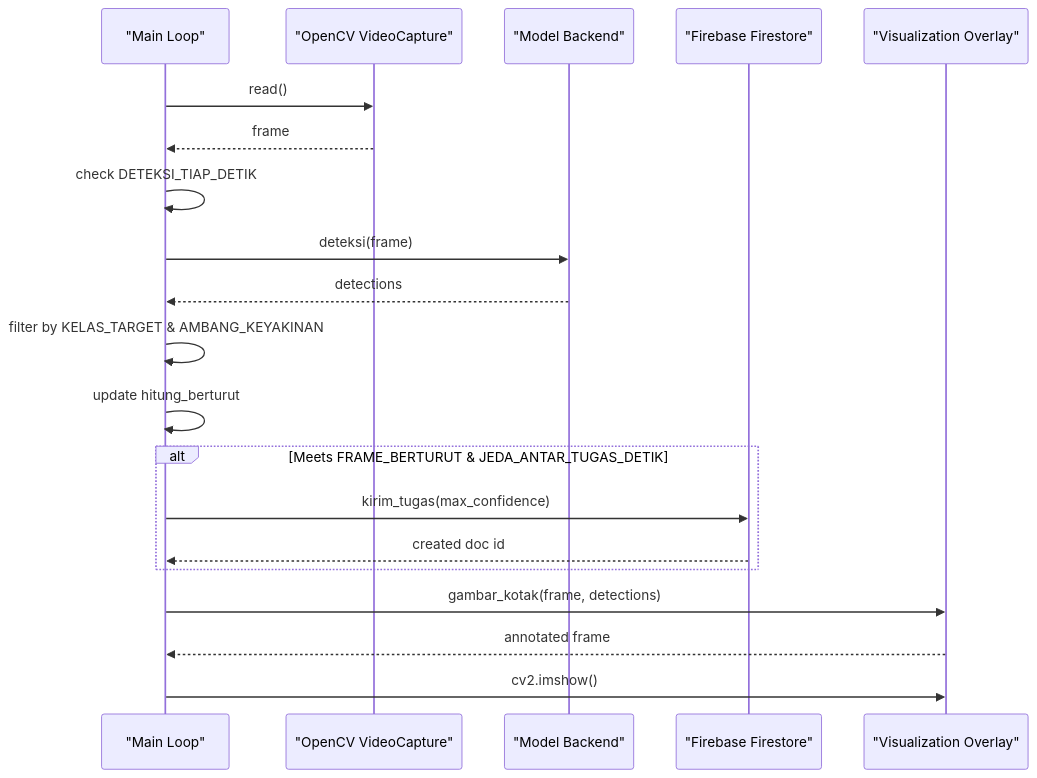
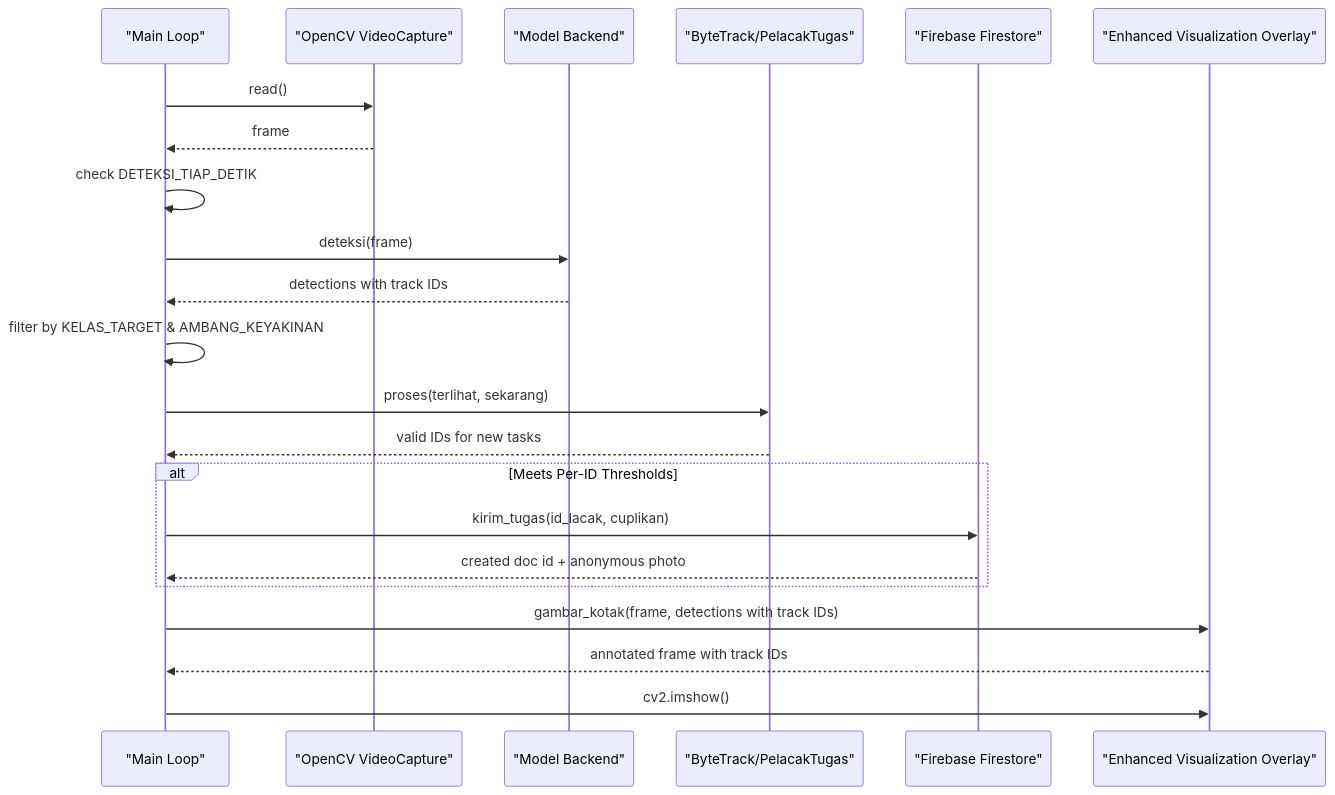
One commit to rdsarjito/whoosh-ramah changed the third of 7 diagrams in .qoder/repowiki/en/content/AI Detection System/Detection Pipeline.md. Above: the diagram before and after it, drawn with Mermaid. The commit also changed other lines of this file and 68 other files, not shown here.

````diff
--- a/.qoder/repowiki/en/content/AI Detection System/Detection Pipeline.md
+++ b/.qoder/repowiki/en/content/AI Detection System/Detection Pipeline.md
@@ -106,22 +125,24 @@
 ```mermaid
 sequenceDiagram
 participant App as "Main Loop"
 participant Cam as "OpenCV VideoCapture"
 participant Model as "Model Backend"
+participant Tracker as "ByteTrack/PelacakTugas"
 participant Firebase as "Firebase Firestore"
-participant View as "Visualization Overlay"
+participant View as "Enhanced Visualization Overlay"
 App->>Cam : read()
 Cam-->>App : frame
 App->>App : check DETEKSI_TIAP_DETIK
 App->>Model : deteksi(frame)
-Model-->>App : detections
+Model-->>App : detections with track IDs
 App->>App : filter by KELAS_TARGET & AMBANG_KEYAKINAN
-App->>App : update hitung_berturut
-alt Meets FRAME_BERTURUT & JEDA_ANTAR_TUGAS_DETIK
-App->>Firebase : kirim_tugas(max_confidence)
-Firebase-->>App : created doc id
+App->>Tracker : proses(terlihat, sekarang)
+Tracker-->>App : valid IDs for new tasks
+alt Meets Per-ID Thresholds
+App->>Firebase : kirim_tugas(id_lacak, cuplikan)
+Firebase-->>App : created doc id + anonymous photo
 end
-App->>View : gambar_kotak(frame, detections)
-View-->>App : annotated frame
+App->>View : gambar_kotak(frame, detections with track IDs)
+View-->>App : annotated frame with track IDs
 App->>View : cv2.imshow()
 ```
````
